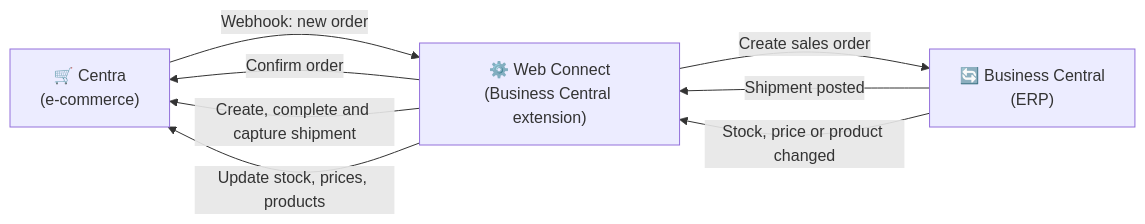
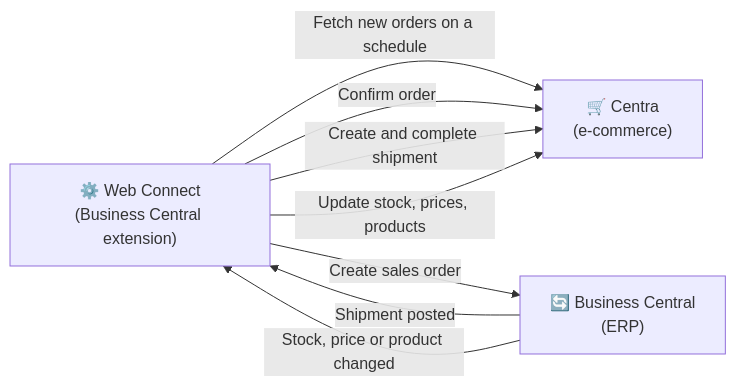
One commit to Combine-IT-ab/docs-general changed the first of 2 diagrams in docs/products/web-connect/integrations/centra/overview.md. Above: the diagram before and after it, drawn with Mermaid. The commit also changed other lines of this file and 1 other file, not shown here.

First line of the commit message:
Centra: ordrar hämtas med GraphQL, upplägg per flöde

````diff
--- a/docs/products/web-connect/integrations/centra/overview.md
+++ b/docs/products/web-connect/integrations/centra/overview.md
@@ -68,14 +68,14 @@
 ```mermaid
 graph LR
     A["🛒 Centra<br/>(e-commerce)"]
     B["⚙️ Web Connect<br/>(Business Central extension)"]
     C["🔄 Business Central<br/>(ERP)"]
 
-    A -->|Webhook: new order| B
+    B -->|Fetch new orders on a schedule| A
     B -->|Create sales order| C
     B -->|Confirm order| A
     C -->|Shipment posted| B
-    B -->|Create, complete and capture shipment| A
+    B -->|Create and complete shipment| A
     C -->|Stock, price or product changed| B
     B -->|Update stock, prices, products| A
 ```
````
